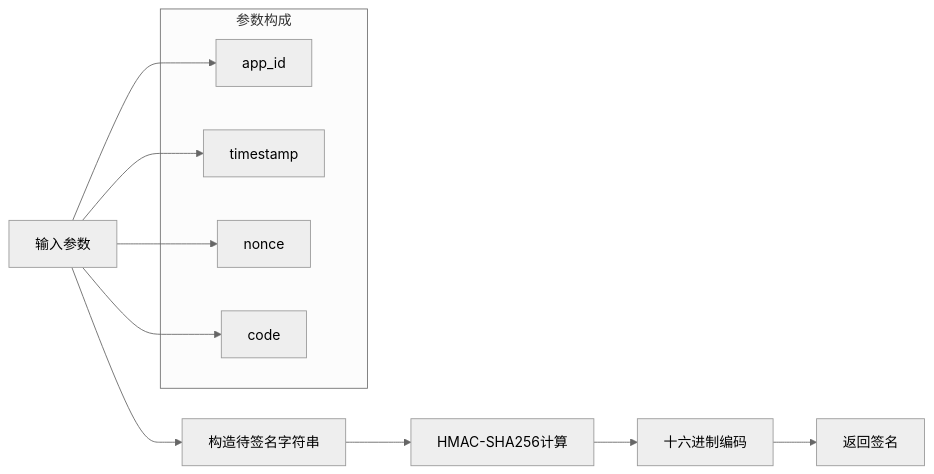
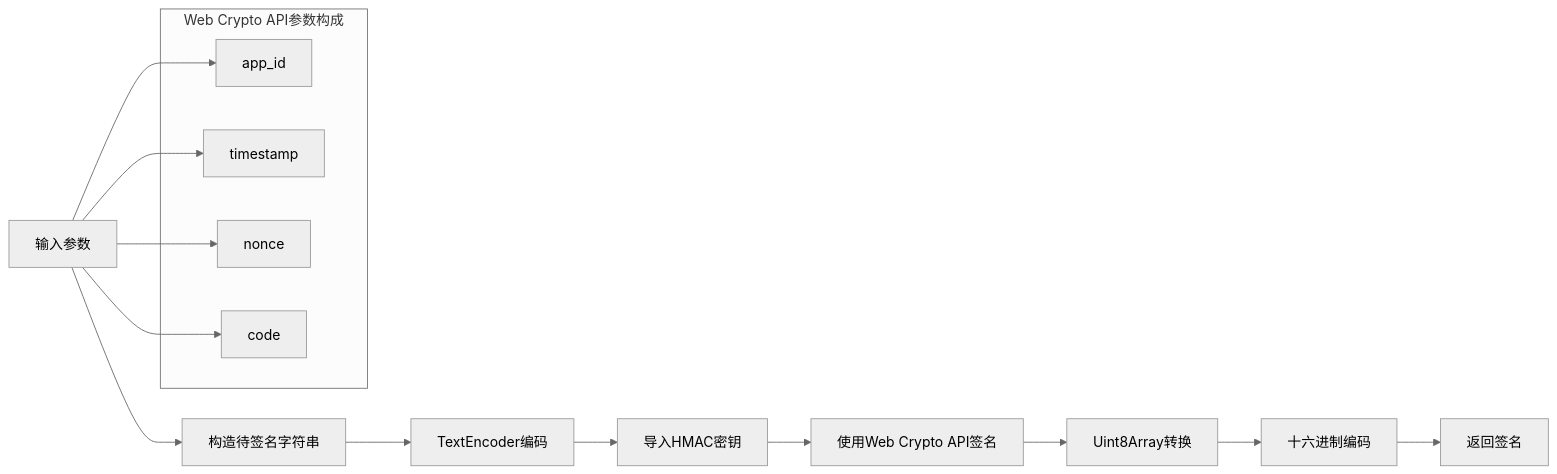
The sixth of 13 diagrams in .qoder/repowiki/zh/content/核心概念/邀请码API客户端.md (verse-ai-org/openclaw), drawn with Mermaid (neutral theme) before and after one commit. The commit also changed other lines of this file and 24 other files, not shown here.

````diff
--- a/.qoder/repowiki/zh/content/核心概念/邀请码API客户端.md
+++ b/.qoder/repowiki/zh/content/核心概念/邀请码API客户端.md
@@ -226,17 +267,20 @@
 ```mermaid
 flowchart LR
 A[输入参数] --> B[构造待签名字符串]
-B --> C[HMAC-SHA256计算]
-C --> D[十六进制编码]
-D --> E[返回签名]
-subgraph "参数构成"
-F[app_id]
-G[timestamp]
-H[nonce]
-I[code]
+B --> C[TextEncoder编码]
+C --> D[导入HMAC密钥]
+D --> E[使用Web Crypto API签名]
+E --> F[Uint8Array转换]
+F --> G[十六进制编码]
+G --> H[返回签名]
+subgraph "Web Crypto API参数构成"
+I[app_id]
+J[timestamp]
+K[nonce]
+L[code]
 end
-A --> F
-A --> G
-A --> H
 A --> I
+A --> J
+A --> K
+A --> L
 ```
````
